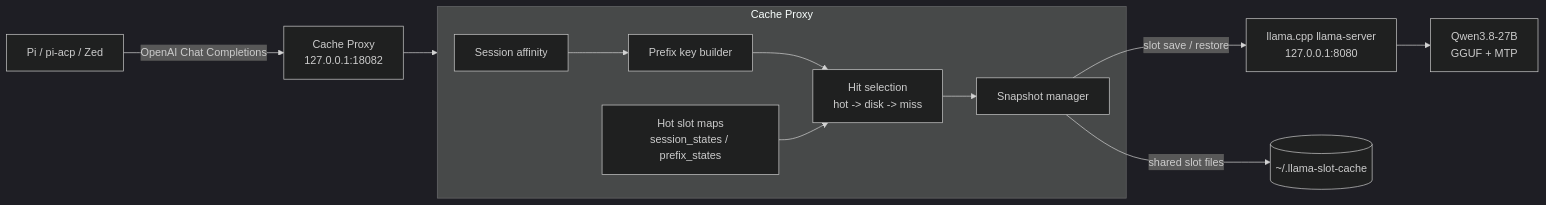
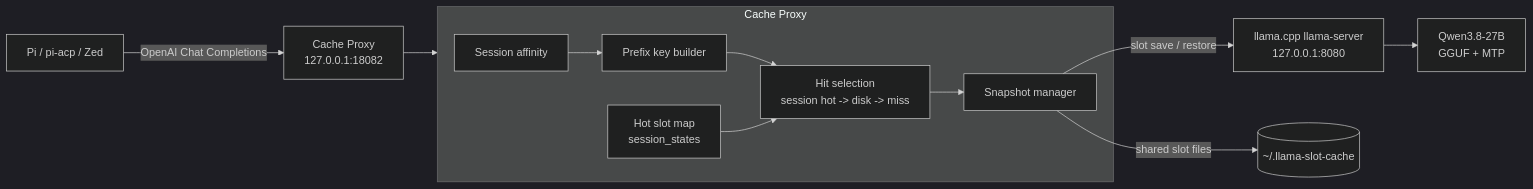
The first of 8 diagrams in DESIGN.md (xqliu/local-llm-kv-cache), drawn with Mermaid (dark theme) before and after one commit. The commit also changed other lines of this file and 3 other files, not shown here.

```diff
--- a/DESIGN.md
+++ b/DESIGN.md
@@ -24,20 +24,20 @@
 ~~~mermaid
 flowchart LR
     C["Pi / pi-acp / Zed"] -->|OpenAI Chat Completions| P["Cache Proxy<br/>127.0.0.1:18082"]
 
     subgraph CACHE["Cache Proxy"]
         A["Session affinity"]
         K["Prefix key builder"]
-        H["Hot slot maps<br/>session_states / prefix_states"]
-        R["Hit selection<br/>hot -> disk -> miss"]
+        H["Hot slot map<br/>session_states"]
+        R["Hit selection<br/>session hot -> disk -> miss"]
         S["Snapshot manager"]
         A --> K --> R
         H --> R
         R --> S
     end
 
     P --> CACHE
     S -->|slot save / restore| L["llama.cpp llama-server<br/>127.0.0.1:8080"]
     S -->|shared slot files| D[("~/.llama-slot-cache")]
     L --> G["Qwen3.8-27B<br/>GGUF + MTP"]
 ~~~
```
